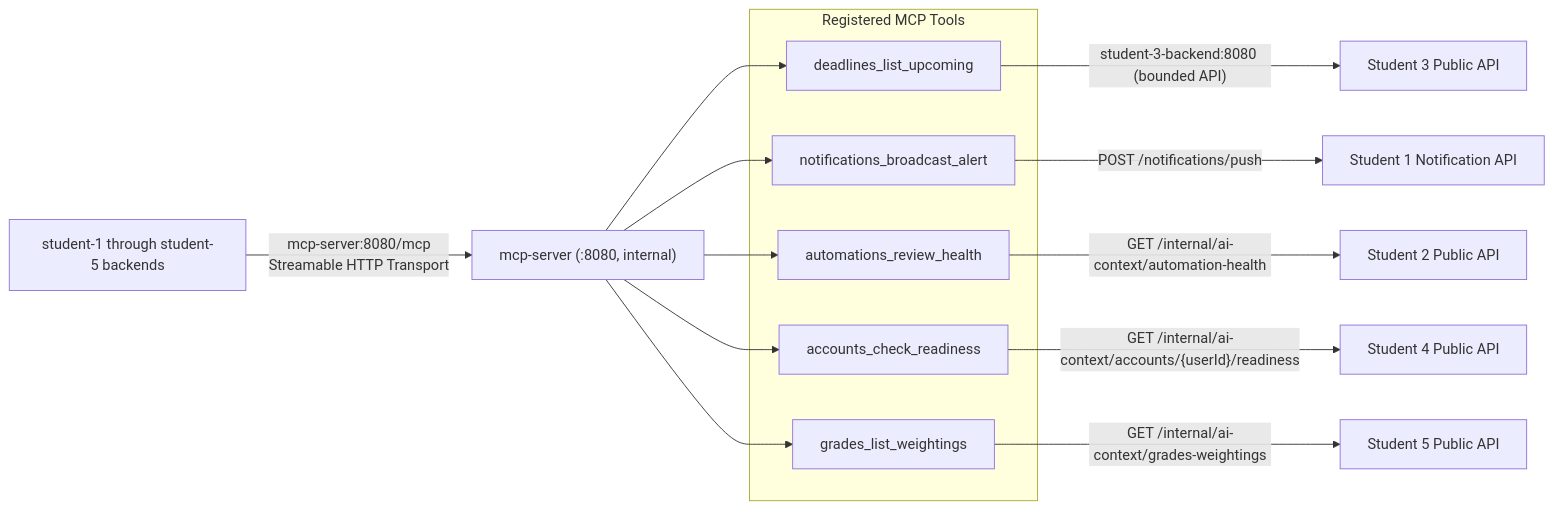
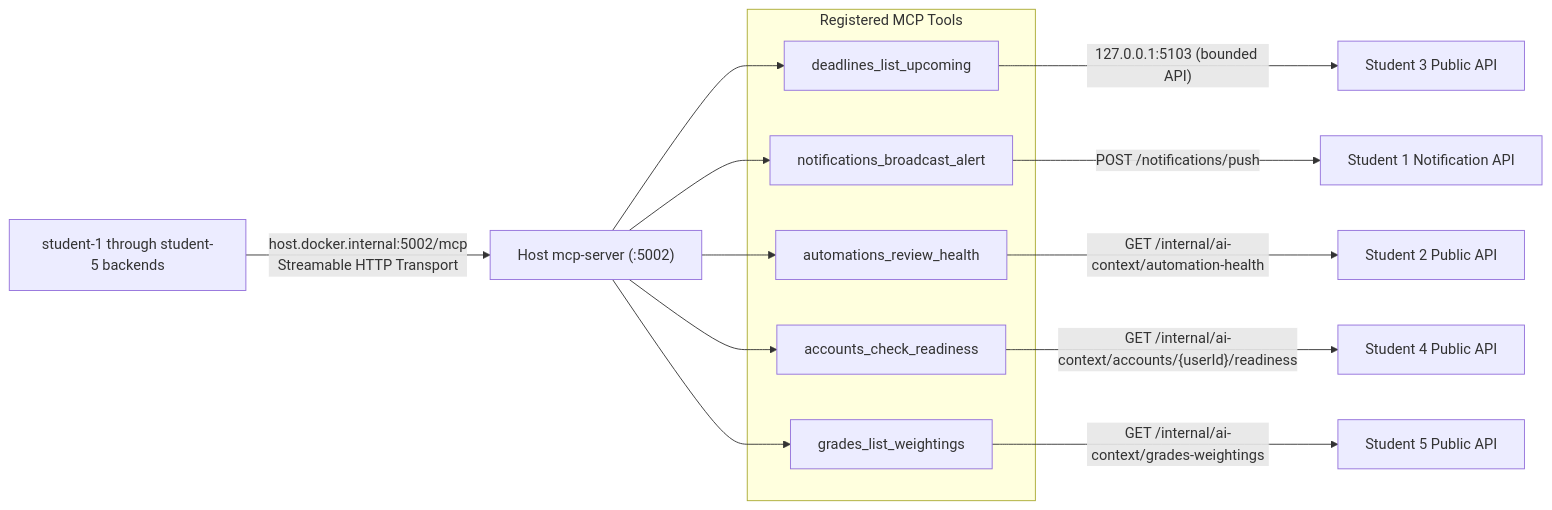
Before and after one commit to AmAComputerNerd/41026--software-development-project: the diagram in ai-services/mcp-server/README.md, drawn with Mermaid. The commit also changed other lines of this file and 23 other files, not shown here.

````diff
--- a/ai-services/mcp-server/README.md
+++ b/ai-services/mcp-server/README.md
@@ -7,19 +7,19 @@
 ```mermaid
 flowchart LR
-    Caller["student-1 through student-5 backends"] -- "mcp-server:8080/mcp<br>Streamable HTTP Transport" --> MCPServer["mcp-server (:8080, internal)"]
+    Caller["student-1 through student-5 backends"] -- "host.docker.internal:5002/mcp<br>Streamable HTTP Transport" --> MCPServer["Host mcp-server (:5002)"]
 
     subgraph Tools["Registered MCP Tools"]
         T1["deadlines_list_upcoming"]
         T2["notifications_broadcast_alert"]
         T3["automations_review_health"]
         T4["accounts_check_readiness"]
         T5["grades_list_weightings"]
     end
 
     MCPServer --> T1 & T2 & T3 & T4 & T5
-    T1 -- "student-3-backend:8080 (bounded API)" --> S3API["Student 3 Public API"]
+    T1 -- "127.0.0.1:5103 (bounded API)" --> S3API["Student 3 Public API"]
     T2 -- "POST /notifications/push" --> S1API["Student 1 Notification API"]
     T3 -- "GET /internal/ai-context/automation-health" --> S2API["Student 2 Public API"]
     T4 -- "GET /internal/ai-context/accounts/{userId}/readiness" --> S4API["Student 4 Public API"]
     T5 -- "GET /internal/ai-context/grades-weightings" --> S5API["Student 5 Public API"]
 ```
````
